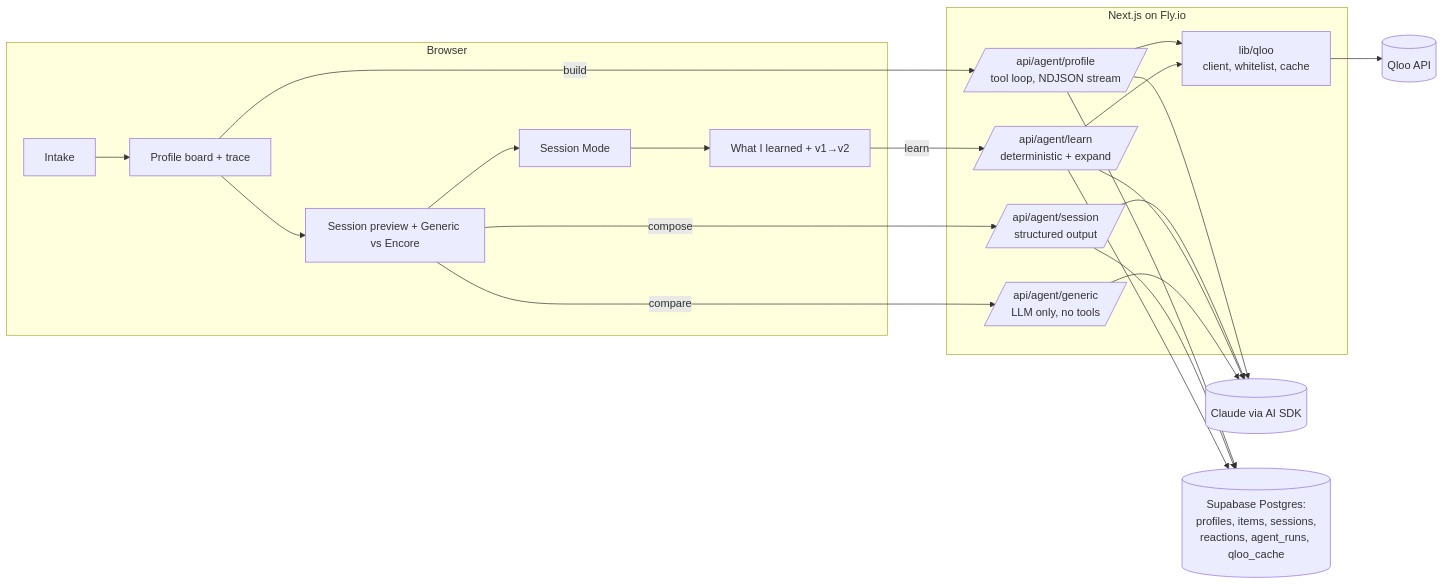
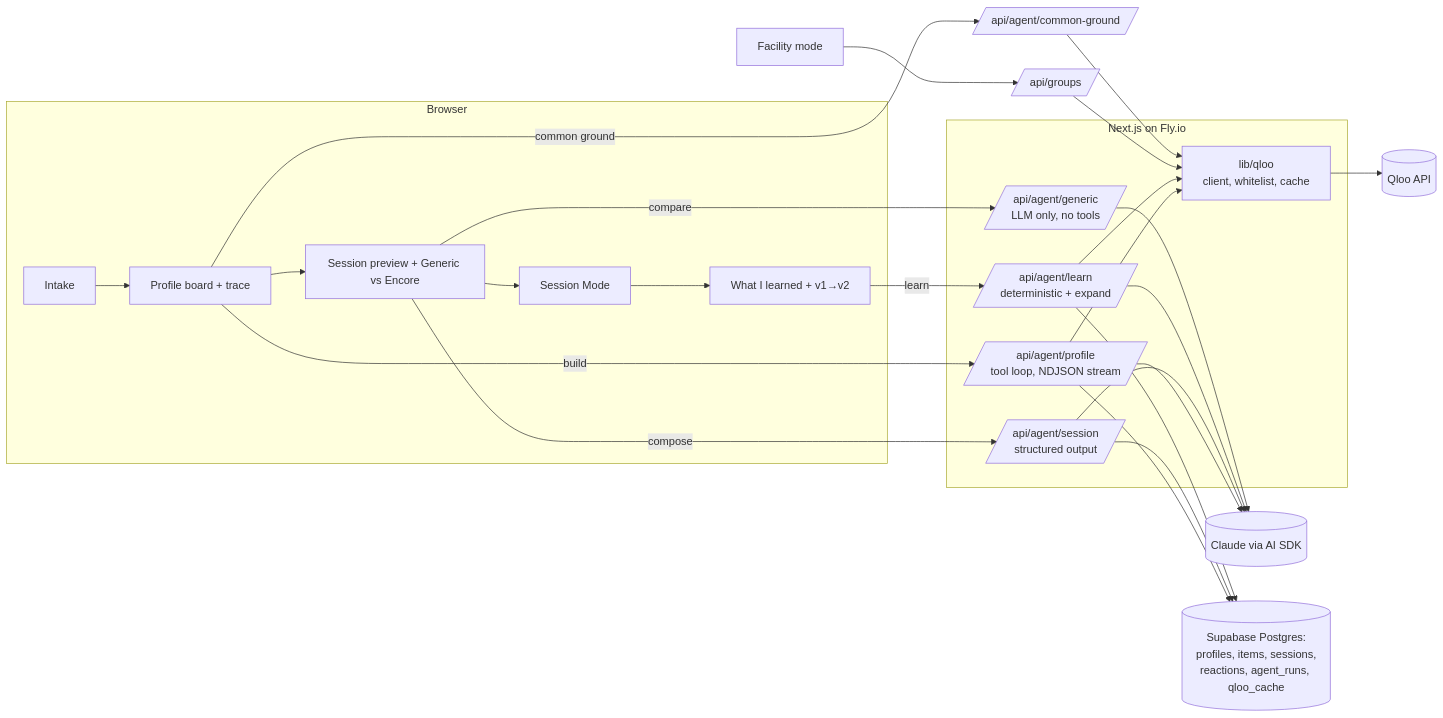
Before and after one commit to 0xNoramiya/encore: the diagram in README.md, drawn with Mermaid. The commit also changed other lines of this file and 2 other files, not shown here.

Commit message:
Docs: facility mode, Common Ground, architecture notes (for real this time)

````diff
--- a/README.md
+++ b/README.md
@@ -42,23 +48,25 @@
 ```mermaid
 flowchart LR
   subgraph Browser
     I[Intake] --> P[Profile board + trace]
     P --> S[Session preview + Generic vs Encore]
     S --> M[Session Mode]
     M --> L[What I learned + v1→v2]
   end
   subgraph Next.js on Fly.io
     A1[/api/agent/profile<br/>tool loop, NDJSON stream/]
     A2[/api/agent/session<br/>structured output/]
     A3[/api/agent/learn<br/>deterministic + expand/]
     A4[/api/agent/generic<br/>LLM only, no tools/]
     Q[lib/qloo<br/>client, whitelist, cache]
   end
   P -- build --> A1
   S -- compose --> A2
   S -- compare --> A4
   L -- learn --> A3
-  A1 & A3 --> Q --> QA[(Qloo API)]
+  F[Facility mode] --> A5[/api/groups/]
+  P -- common ground --> A6[/api/agent/common-ground/]
+  A1 & A3 & A5 & A6 --> Q --> QA[(Qloo API)]
   A1 & A2 & A3 & A4 --> LLM[(Claude via AI SDK)]
   A1 & A2 & A3 --> DB[(Supabase Postgres:<br/>profiles, items, sessions,<br/>reactions, agent_runs, qloo_cache)]
 ```
````
